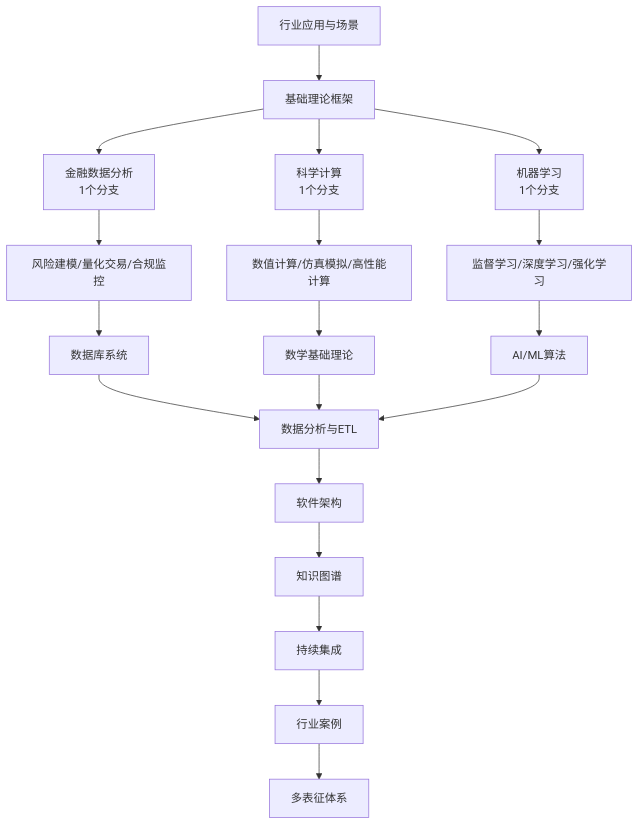
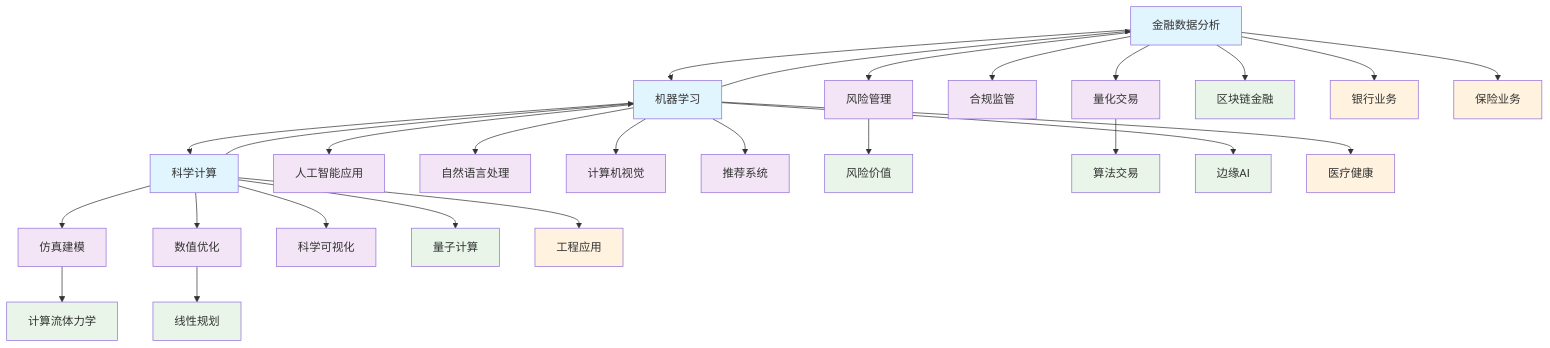
One commit to AdaMartin18010/Data-Science changed the diagram in Analysis/5-行业应用与场景/README.md. Above: the diagram before and after it, drawn with Mermaid. The commit also changed other lines of this file and 11 other files, not shown here.

````diff
--- a/Analysis/5-行业应用与场景/README.md
+++ b/Analysis/5-行业应用与场景/README.md
@@ -25,22 +29,50 @@
 ```mermaid
-flowchart TD
-  A[行业应用与场景] --> B[基础理论框架]
-  B --> C1[金融数据分析<br/>1个分支]
-  B --> C2[科学计算<br/>1个分支]
-  B --> C3[机器学习<br/>1个分支]
-  
-  C1 --> D[风险建模/量化交易/合规监控]
-  C2 --> E[数值计算/仿真模拟/高性能计算]
-  C3 --> F[监督学习/深度学习/强化学习]
-  
-  D --> G[数据库系统]
-  E --> H[数学基础理论]
-  F --> I[AI/ML算法]
-  
-  G & H & I --> J[数据分析与ETL]
-  J --> K[软件架构]
-  K --> L[知识图谱]
-  L --> M[持续集成]
-  M --> N[行业案例]
-  N --> O[多表征体系]
+graph TB
+    %% 基础层
+    Finance[金融数据分析] --> Risk[风险管理]
+    Finance --> Trading[量化交易]
+    Finance --> Compliance[合规监管]
+    
+    Science[科学计算] --> Simulation[仿真建模]
+    Science --> Optimization[数值优化]
+    Science --> Visualization[科学可视化]
+    
+    ML[机器学习] --> AI[人工智能应用]
+    ML --> NLP[自然语言处理]
+    ML --> CV[计算机视觉]
+    ML --> RecSys[推荐系统]
+    
+    %% 交叉应用
+    Finance --> ML
+    Science --> ML
+    ML --> Finance
+    ML --> Science
+    
+    %% 技术栈
+    Risk --> VaR[风险价值]
+    Trading --> Algorithm[算法交易]
+    Simulation --> CFD[计算流体力学]
+    Optimization --> Linear[线性规划]
+    
+    %% 新兴技术
+    Finance --> Blockchain[区块链金融]
+    Science --> Quantum[量子计算]
+    ML --> Edge[边缘AI]
+    
+    %% 行业应用
+    Finance --> Banking[银行业务]
+    Finance --> Insurance[保险业务]
+    Science --> Engineering[工程应用]
+    ML --> Healthcare[医疗健康]
+    
+    %% 样式
+    classDef domain fill:#e1f5fe
+    classDef application fill:#f3e5f5
+    classDef technology fill:#e8f5e8
+    classDef emerging fill:#fff3e0
+    
+    class Finance,Science,ML domain
+    class Risk,Trading,Compliance,Simulation,Optimization,Visualization,AI,NLP,CV,RecSys application
+    class VaR,Algorithm,CFD,Linear,Blockchain,Quantum,Edge technology
+    class Banking,Insurance,Engineering,Healthcare emerging
 ```
````
